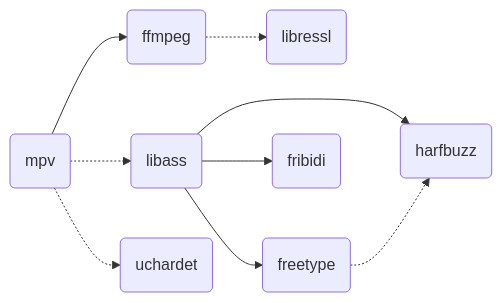
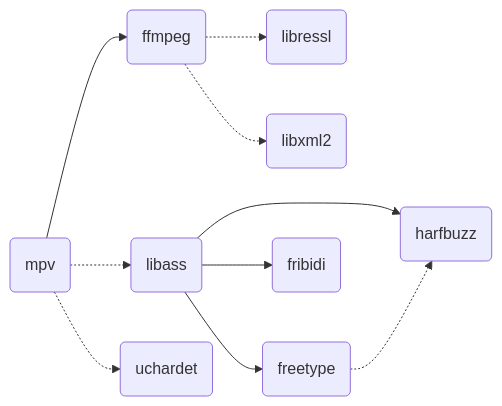
One commit to media-kit/libmpv-darwin-build changed the diagram in README.md. Above: the diagram before and after it, drawn with Mermaid. The commit also changed other lines of this file and 6 other files, not shown here.

````diff
--- a/README.md
+++ b/README.md
@@ -30,15 +30,16 @@
 ```mermaid
 flowchart LR
 
 A(mpv) --> B(ffmpeg)
 A(mpv) -.-> C(libass)
 A(mpv) -.-> D(uchardet)
 
 B -.-> H(libressl)
+B -.-> I(libxml2)
 
 C --> E(freetype)
 C --> F(harfbuzz)
 C --> G(fribidi)
 
 E -.-> F
 ```
````
